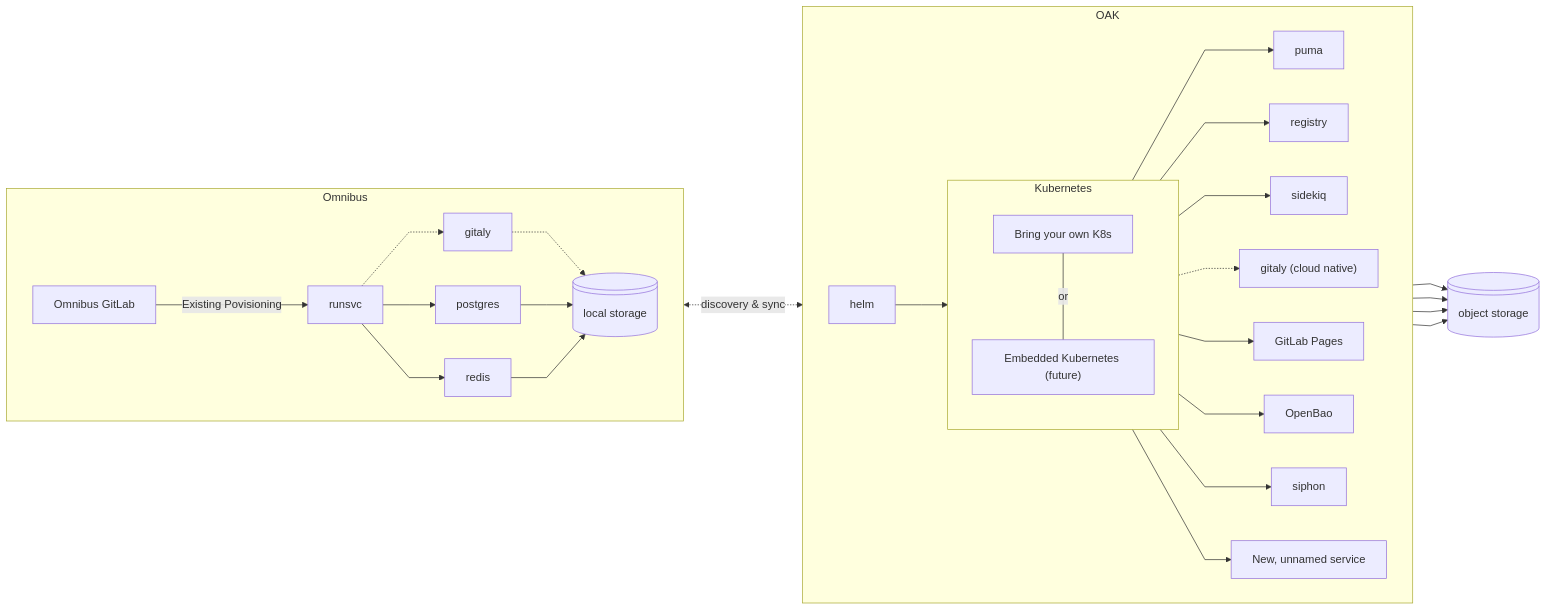
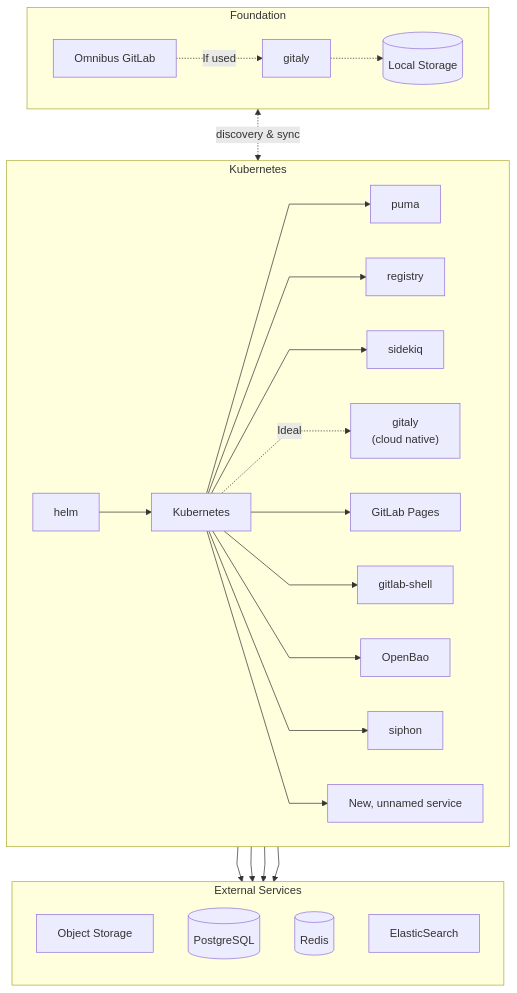
One commit to zalyoung/gitlab-handbook changed the fifth of 5 diagrams in content/handbook/engineering/architecture/design-documents/selfmanaged_segmentation/_index.md. Above: the diagram before and after it, drawn with Mermaid. The commit also changed other lines of this file, not shown here.

````diff
--- a/content/handbook/engineering/architecture/design-documents/selfmanaged_segmentation/_index.md
+++ b/content/handbook/engineering/architecture/design-documents/selfmanaged_segmentation/_index.md
@@ -282,49 +352,42 @@
 ```mermaid
 %%{ init: { 'flowchart': { 'curve': 'linear' } } }%%
-flowchart LR
+flowchart TB
 
-    subgraph OAK
+    subgraph Kubernetes
         direction LR
-
-        subgraph k8s[Kubernetes]
-            direction TB
-            byok["Bring your own K8s"]
-            ek8s["Embedded Kubernetes (future)"]
-
-            byok -- or --- ek8s
-        end
-
+        k8s[Kubernetes]
         k8s --> puma
         k8s --> registry
         k8s --> sidekiq
-        k8s -.-> gitaly_cn["gitaly (cloud native)"]
+        k8s -. Ideal .-> gitaly_cn["gitaly
+            (cloud native)"]
         k8s --> pages[GitLab Pages]
+        k8s --> gitlab-shell
         k8s --> ob[OpenBao]
         k8s --> siphon
         k8s --> ns["New, unnamed service"]
-
         helm --> k8s
     end
 
-    subgraph Omnibus
+    subgraph Foundation
         direction LR
         obgl[Omnibus GitLab]
-
-        obgl -- "Existing Povisioning" --> runsvc
-
-        runsvc --> postgres
-        runsvc --> redis
-        runsvc -.-> gitaly
-
-        gitaly -.-> localstore@{ shape: lin-cyl, label: "local storage" }
-        postgres --> localstore
-        redis -->localstore
+        obgl -.  If used .-> gitaly
+        gitaly -.-> localstor[(Local Storage)]
     end
 
     obgl <-. discovery & sync .-> k8s
 
-    puma --> objstore@{ shape: lin-cyl, label: "object storage" }
-    registry --> objstore
-    sidekiq --> objstore
-    pages --> objstore
+    subgraph esvc[External Services]
+        direction TB
+        objstore["Object Storage"]
+        pgsq[("PostgreSQL")]
+        redis[(Redis)]
+        elastic[ElasticSearch]
+    end
+
+    puma --> esvc
+    registry --> esvc
+    sidekiq --> esvc
+    pages --> esvc
 ```
````
